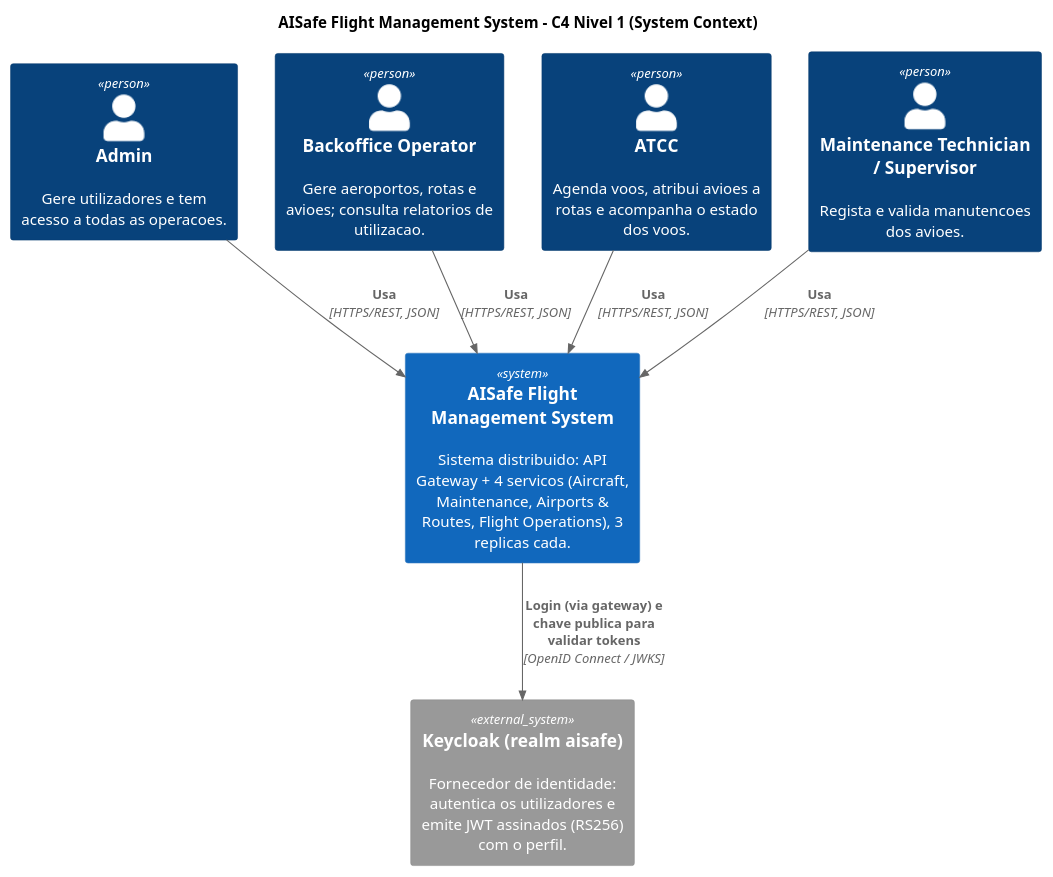
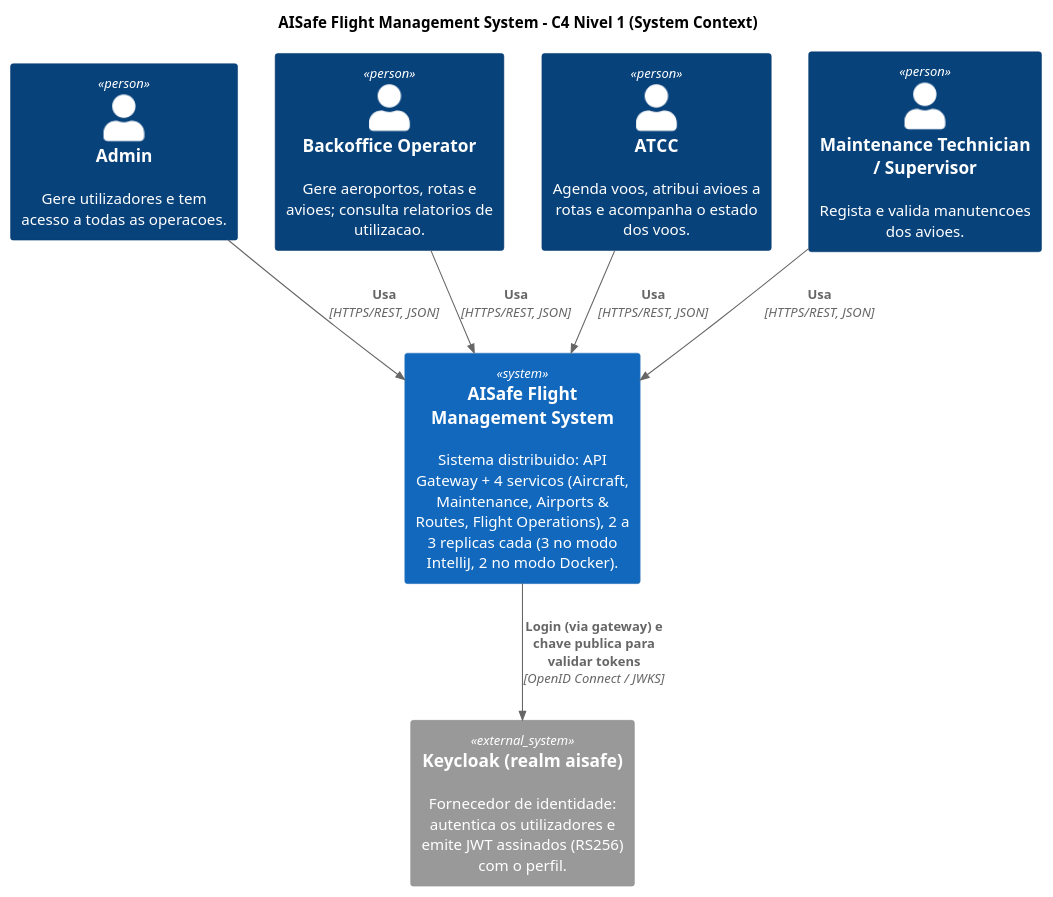
One commit to anamartasilvaa/SIDIG_AI_Safe changed the diagram in docs/SIDIS/c4-context.puml. Above: the diagram before and after it, drawn with PlantUML. The commit also changed 6 other files, not shown here.

Commit message:
Novos diagramas do projeto + atualizados

```diff
--- a/docs/SIDIS/c4-context.puml
+++ b/docs/SIDIS/c4-context.puml
@@ -1,21 +1,21 @@
 @startuml c4-context
 !include <C4/C4_Context>
 LAYOUT_TOP_DOWN()
 
 title AISafe Flight Management System - C4 Nivel 1 (System Context)
 
 Person(admin, "Admin", "Gere utilizadores e tem acesso a todas as operacoes.")
 Person(backoffice, "Backoffice Operator", "Gere aeroportos, rotas e avioes; consulta relatorios de utilizacao.")
 Person(atcc, "ATCC", "Agenda voos, atribui avioes a rotas e acompanha o estado dos voos.")
 Person(maint, "Maintenance Technician / Supervisor", "Regista e valida manutencoes dos avioes.")
 
-System(aisafe, "AISafe Flight Management System", "Sistema distribuido: API Gateway + 4 servicos (Aircraft, Maintenance, Airports & Routes, Flight Operations), 3 replicas cada.")
+System(aisafe, "AISafe Flight Management System", "Sistema distribuido: API Gateway + 4 servicos (Aircraft, Maintenance, Airports & Routes, Flight Operations), 2 a 3 replicas cada (3 no modo IntelliJ, 2 no modo Docker).")
 System_Ext(idp, "Keycloak (realm aisafe)", "Fornecedor de identidade: autentica os utilizadores e emite JWT assinados (RS256) com o perfil.")
 
 Rel(admin, aisafe, "Usa", "HTTPS/REST, JSON")
 Rel(backoffice, aisafe, "Usa", "HTTPS/REST, JSON")
 Rel(atcc, aisafe, "Usa", "HTTPS/REST, JSON")
 Rel(maint, aisafe, "Usa", "HTTPS/REST, JSON")
 Rel(aisafe, idp, "Login (via gateway) e chave publica para validar tokens", "OpenID Connect / JWKS")
 
 @enduml
```
